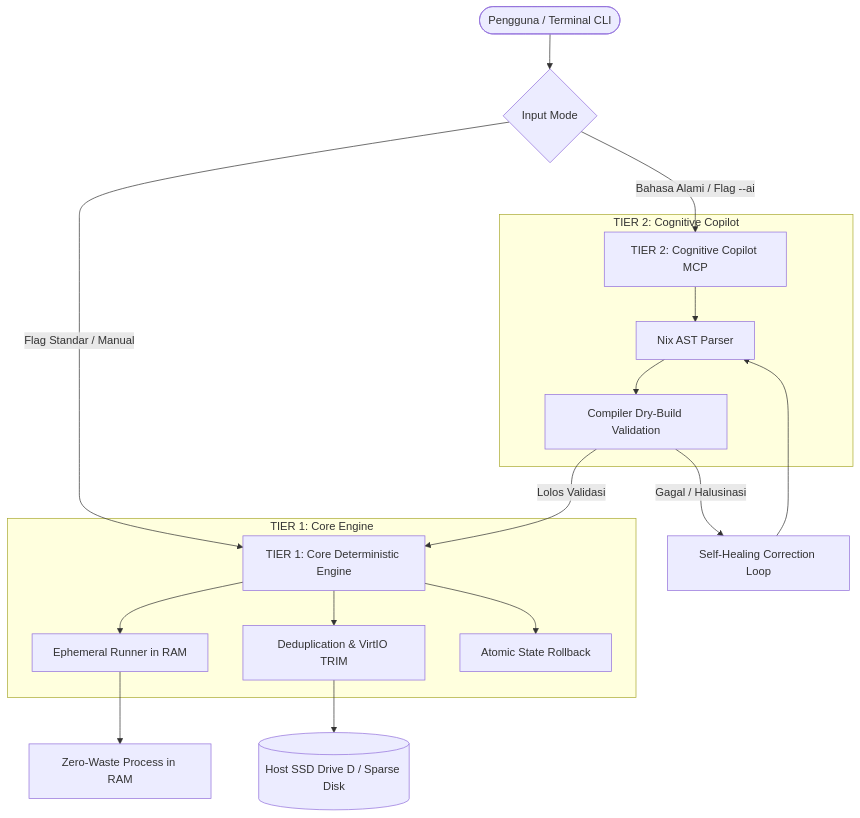
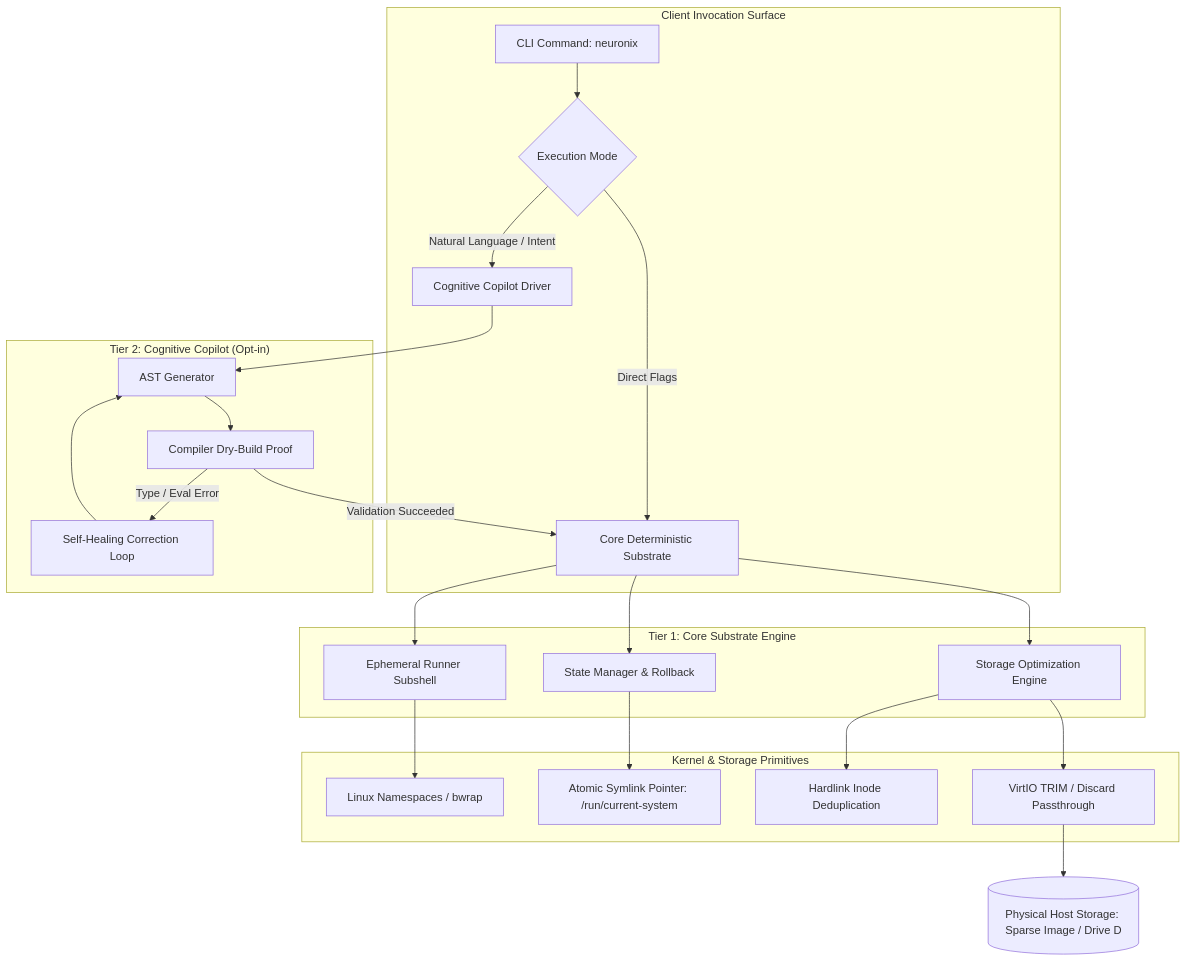
One commit to adamriofc/NeuronixOS changed the diagram in README.md. Above: the diagram before and after it, drawn with Mermaid. The commit also changed other lines of this file, not shown here.

Commit message:
docs: rewrite README with authentic systems-grade technical prose, zero AI-slop

````diff
--- a/README.md
+++ b/README.md
@@ -52,24 +50,31 @@
 ```mermaid
-graph TD
-    User([Pengguna / Terminal CLI]) --> Router{Input Mode}
-    Router -->|Flag Standar / Manual| CoreEngine[TIER 1: Core Deterministic Engine]
-    Router -->|Bahasa Alami / Flag --ai| AICopilot[TIER 2: Cognitive Copilot MCP]
-    
-    subgraph TIER 2: Cognitive Copilot
-        AICopilot --> ASTParser[Nix AST Parser]
-        ASTParser --> FormalProof[Compiler Dry-Build Validation]
-    end
-    
-    FormalProof -->|Lolos Validasi| CoreEngine
-    FormalProof -->|Gagal / Halusinasi| AutoCorrect[Self-Healing Correction Loop]
-    AutoCorrect --> ASTParser
-    
-    subgraph TIER 1: Core Engine
-        CoreEngine --> RunSub[Ephemeral Runner in RAM]
-        CoreEngine --> DietSub[Deduplication & VirtIO TRIM]
-        CoreEngine --> UndoSub[Atomic State Rollback]
+flowchart TD
+    subgraph Client ["Client Invocation Surface"]
+        A[CLI Command: neuronix] --> B{Execution Mode}
+        B -->|Direct Flags| C[Core Deterministic Substrate]
+        B -->|Natural Language / Intent| D[Cognitive Copilot Driver]
     end
 
-    DietSub --> HostStorage[(Host SSD Drive D / Sparse Disk)]
-    RunSub --> EphemeralProc[Zero-Waste Process in RAM]
+    subgraph Tier2 ["Tier 2: Cognitive Copilot (Opt-in)"]
+        D --> E[AST Generator]
+        E --> F[Compiler Dry-Build Proof]
+        F -->|Validation Succeeded| C
+        F -->|Type / Eval Error| G[Self-Healing Correction Loop]
+        G --> E
+    end
+
+    subgraph Tier1 ["Tier 1: Core Substrate Engine"]
+        C --> H[Ephemeral Runner Subshell]
+        C --> I[State Manager & Rollback]
+        C --> J[Storage Optimization Engine]
+    end
+
+    subgraph Kernel ["Kernel & Storage Primitives"]
+        H --> K[Linux Namespaces / bwrap]
+        I --> L[Atomic Symlink Pointer: /run/current-system]
+        J --> M[Hardlink Inode Deduplication]
+        J --> N[VirtIO TRIM / Discard Passthrough]
+    end
+
+    N --> O[(Physical Host Storage: Sparse Image / Drive D)]
 ```
````
